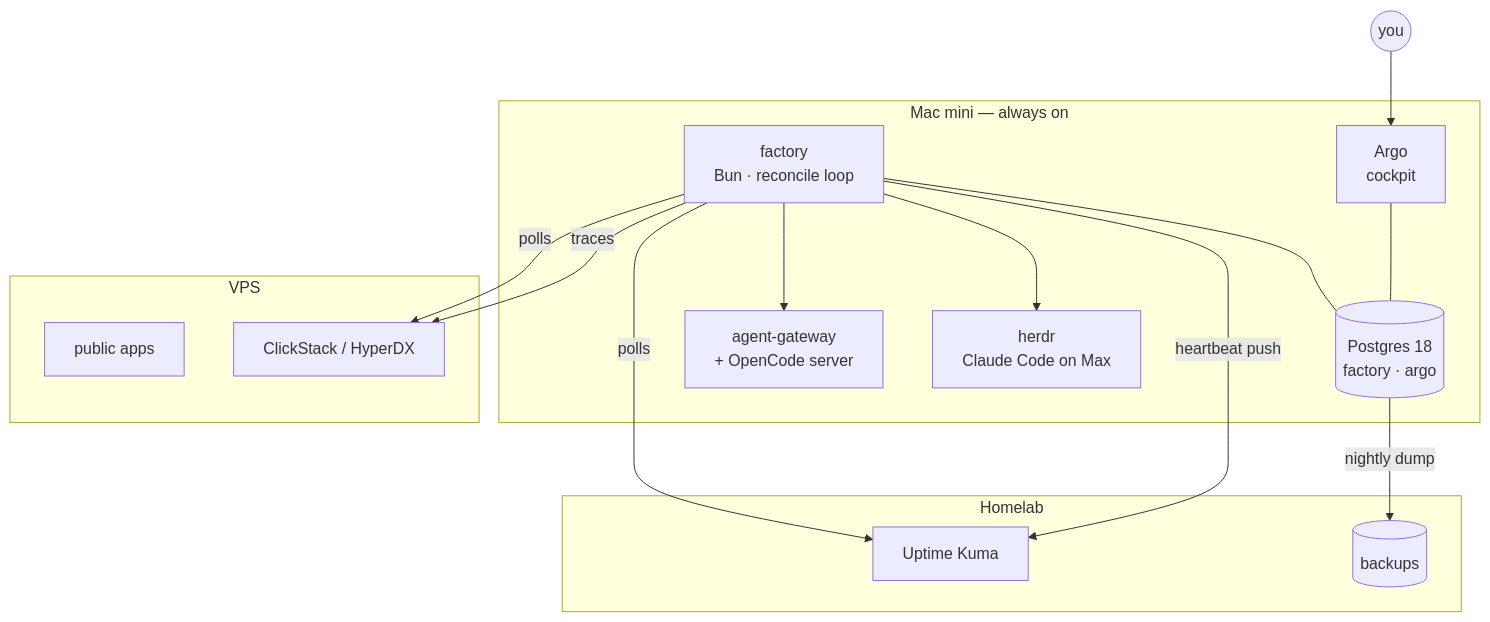
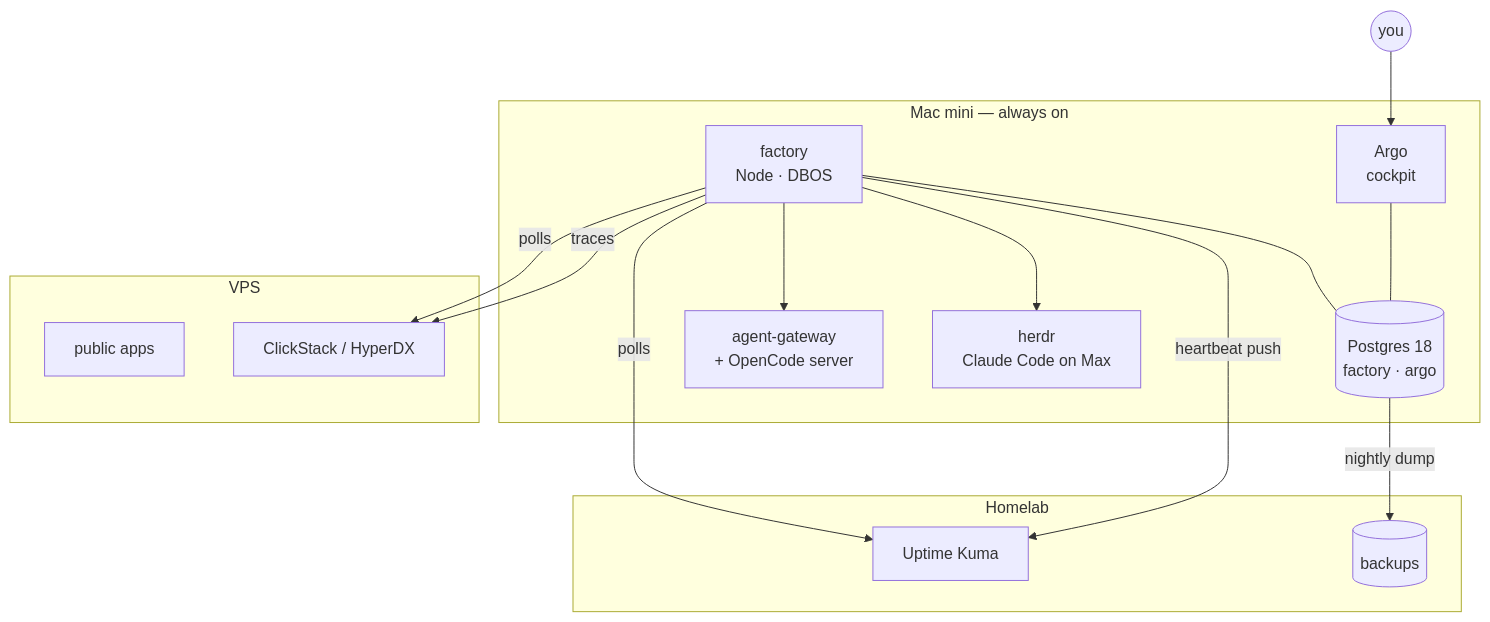
One commit to jkrumm/dotfiles changed the diagram in docs/factory/tdd/10-surfaces.md. Above: the diagram before and after it, drawn with Mermaid. The commit also changed other lines of this file and 21 other files, not shown here.

First line of the commit message:
docs(factory): v2.1 after the owner's podcast reply — DBOS with short workflows, cheap models for all non-implementation work

````diff
--- a/docs/factory/tdd/10-surfaces.md
+++ b/docs/factory/tdd/10-surfaces.md
@@ -5,28 +5,28 @@
 ```mermaid
 flowchart TB
   subgraph mini[Mac mini — always on]
-    F[factory<br/>Bun · reconcile loop]
+    F[factory<br/>Node · DBOS]
     PG[(Postgres 18<br/>factory · argo)]
     A[Argo<br/>cockpit]
     AGW[agent-gateway<br/>+ OpenCode server]
     H[herdr<br/>Claude Code on Max]
     F --- PG
     A --- PG
     F --> AGW
     F --> H
   end
   subgraph vps[VPS]
     APPS[public apps]
     HDX[ClickStack / HyperDX]
   end
   subgraph homelab[Homelab]
     K[Uptime Kuma]
     B[(backups)]
   end
   F -- polls --> K
   F -- polls --> HDX
   F -- heartbeat push --> K
   F -- traces --> HDX
   PG -- nightly dump --> B
   YOU((you)) --> A
 ```
````
